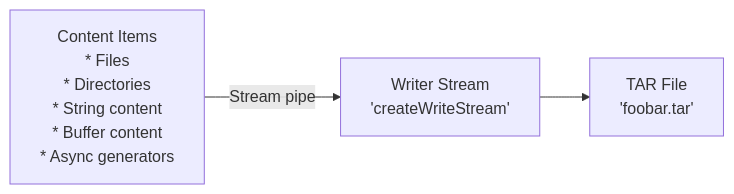
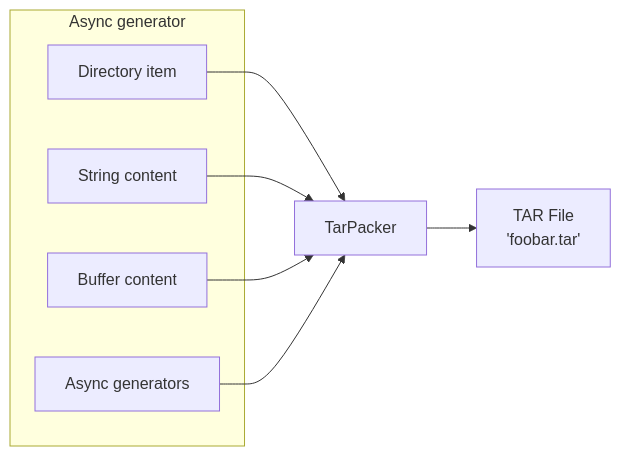
The first of 2 diagrams in README.md (kekyo/tar-vern), drawn with Mermaid before and after one commit. The commit also changed other lines of this file and 1 other file, not shown here.

````diff
--- a/README.md
+++ b/README.md
@@ -15,5 +20,16 @@
 ```mermaid
 graph LR
-  A[Content Items<br/>* Files<br/>* Directories<br/>* String content<br/>* Buffer content<br/>* Async generators] -->|Stream pipe| B[Writer Stream<br/>'createWriteStream']
+  subgraph A["Async generator"]
+    A2[Directory item]
+    A3[String content]
+    A4[Buffer content]
+    A5[Async generators]
+  end
+  
+  A2 --> B[TarPacker]
+  A3 --> B
+  A4 --> B
+  A5 --> B
+  
   B --> C[TAR File<br/>'foobar.tar']
 ```
````
